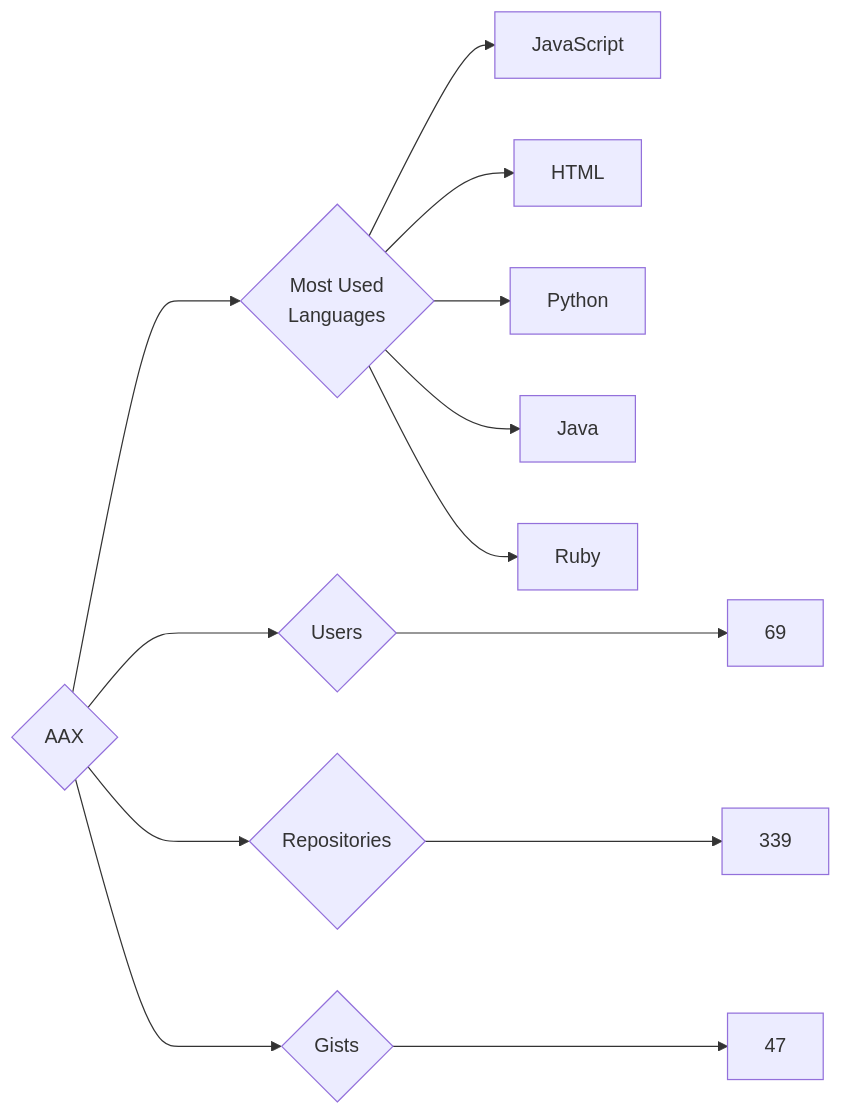
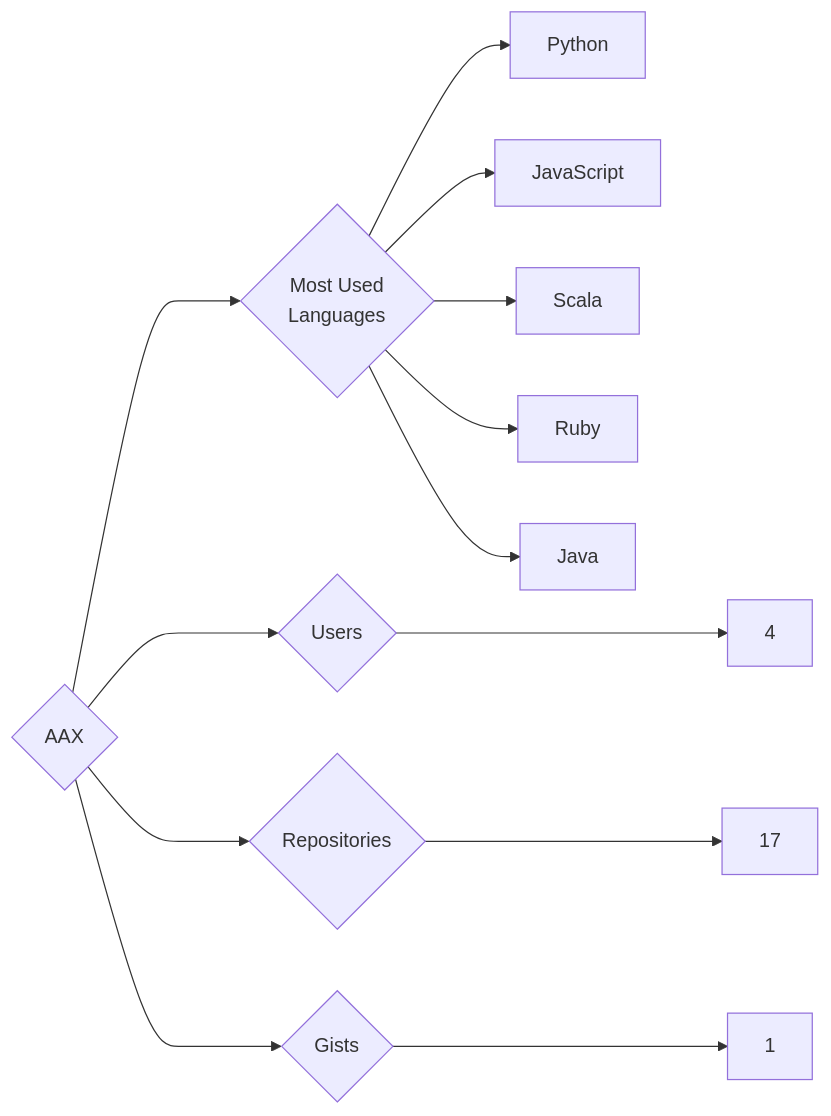
The diagram in targets/AAX/README.md (trickest/insiders), drawn with Mermaid before and after one commit. The commit also changed 1149 other files, not shown here.

````diff
--- a/targets/AAX/README.md
+++ b/targets/AAX/README.md
@@ -3,13 +3,13 @@
 ```mermaid
 graph LR
 COMPANY_NAME{AAX}
-COMPANY_NAME ---> U{Users} ---> UN[69]
-COMPANY_NAME ---> R{Repositories} ---> RN[339]
-COMPANY_NAME ---> G{Gists} ---> GN[47]
+COMPANY_NAME ---> U{Users} ---> UN[4]
+COMPANY_NAME ---> R{Repositories} ---> RN[17]
+COMPANY_NAME ---> G{Gists} ---> GN[1]
 COMPANY_NAME ---> ML{Most Used<br>Languages}
+ML --> Python[Python]
 ML --> JavaScript[JavaScript]
-ML --> HTML[HTML]
-ML --> Python[Python]
+ML --> Scala[Scala]
+ML --> Ruby[Ruby]
 ML --> Java[Java]
-ML --> Ruby[Ruby]
 ```
````
